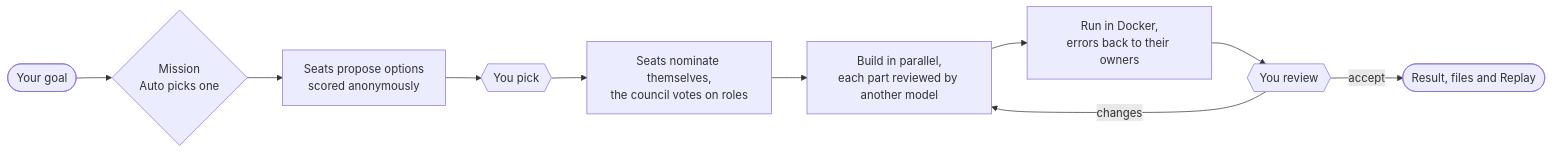
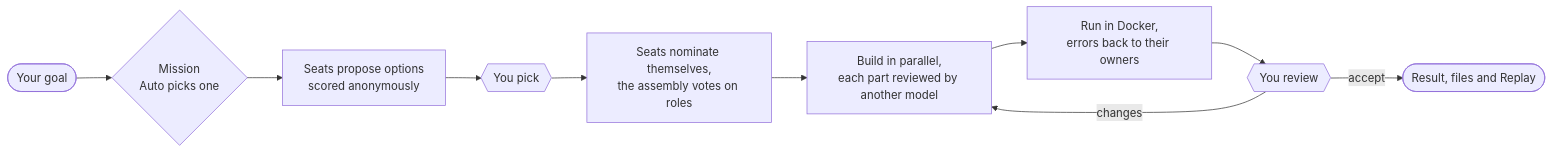
The diagram in README.md (el1tino/pantheon), drawn with Mermaid before and after one commit. The commit also changed other lines of this file and 36 other files, not shown here.

First line of the commit message:
Rename "council" to "assembly"

````diff
--- a/README.md
+++ b/README.md
@@ -36,12 +36,12 @@
 ```mermaid
 flowchart LR
     G([Your goal]) --> M{Mission<br/>Auto picks one}
     M --> O[Seats propose options<br/>scored anonymously]
     O --> P{{You pick}}
-    P --> R[Seats nominate themselves,<br/>the council votes on roles]
+    P --> R[Seats nominate themselves,<br/>the assembly votes on roles]
     R --> B[Build in parallel,<br/>each part reviewed by another model]
     B --> I[Run in Docker,<br/>errors back to their owners]
     I --> V{{You review}}
     V -- changes --> B
     V -- accept --> D([Result, files and Replay])
 ```
````
